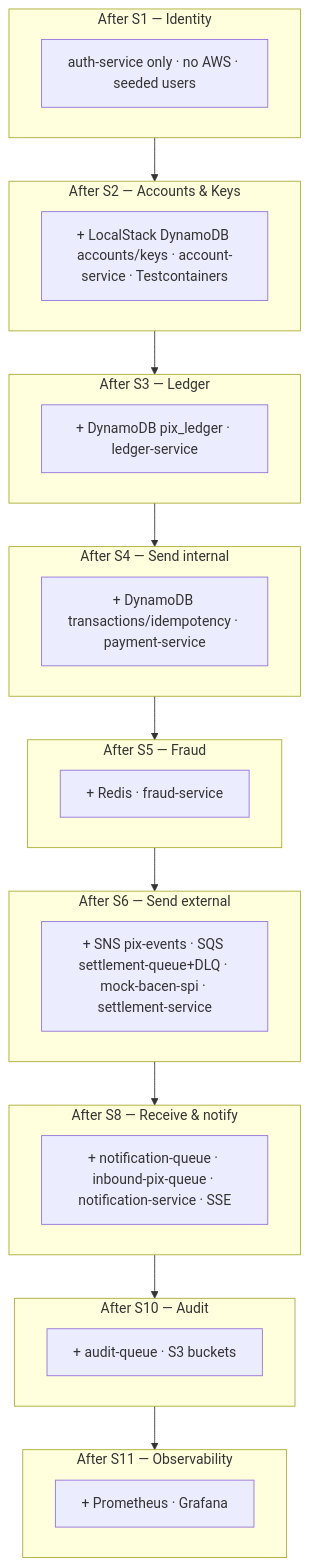
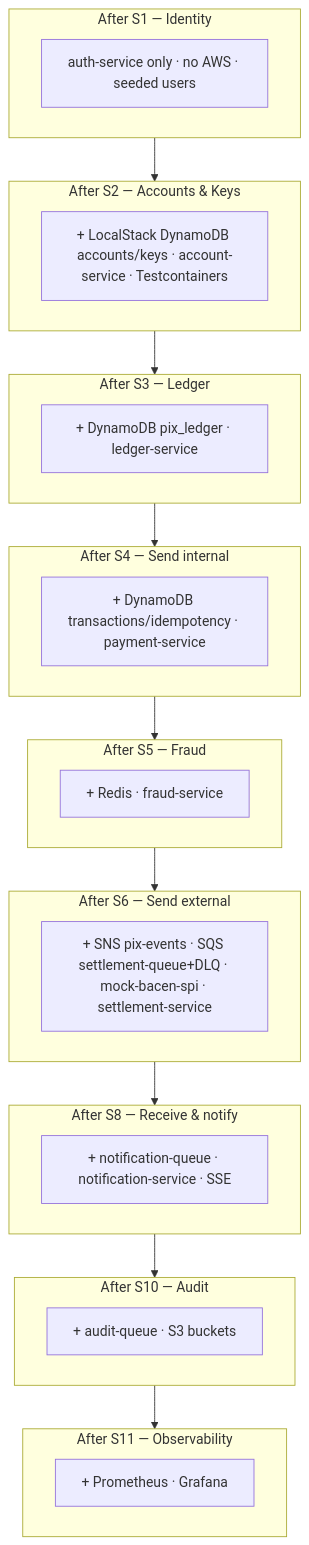
Before and after one commit to filiperibolli/platinumcoin-pix: the third of 13 diagrams in ARCHITECTURE.md, drawn with Mermaid. The commit also changed other lines of this file and 25 other files, not shown here.

First line of the commit message:
docs: resolve spec inconsistencies across architecture, data model, API and steps

````diff
--- a/ARCHITECTURE.md
+++ b/ARCHITECTURE.md
@@ -236,31 +239,31 @@
 ```mermaid
 graph TB
     subgraph s1["After S1 — Identity"]
         a1[auth-service only · no AWS · seeded users]
     end
     subgraph s2["After S2 — Accounts & Keys"]
         a2[+ LocalStack DynamoDB accounts/keys · account-service · Testcontainers]
     end
     subgraph s3["After S3 — Ledger"]
         a3[+ DynamoDB pix_ledger · ledger-service]
     end
     subgraph s4["After S4 — Send internal"]
         a4[+ DynamoDB transactions/idempotency · payment-service]
     end
     subgraph s5["After S5 — Fraud"]
         a5[+ Redis · fraud-service]
     end
     subgraph s6["After S6 — Send external"]
         a6[+ SNS pix-events · SQS settlement-queue+DLQ · mock-bacen-spi · settlement-service]
     end
     subgraph s8["After S8 — Receive & notify"]
-        a8[+ notification-queue · inbound-pix-queue · notification-service · SSE]
+        a8[+ notification-queue · notification-service · SSE]
     end
     subgraph s10["After S10 — Audit"]
         a10[+ audit-queue · S3 buckets]
     end
     subgraph s11["After S11 — Observability"]
         a11[+ Prometheus · Grafana]
     end
     s1 --> s2 --> s3 --> s4 --> s5 --> s6 --> s8 --> s10 --> s11
 ```
````
